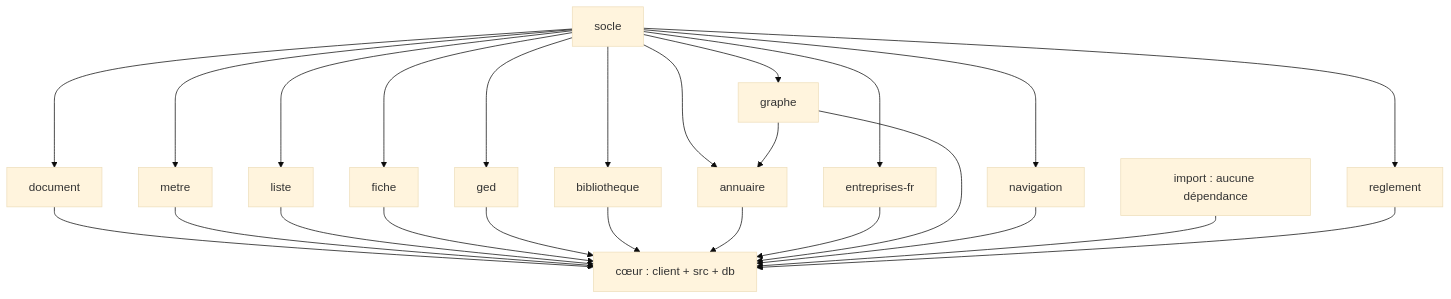
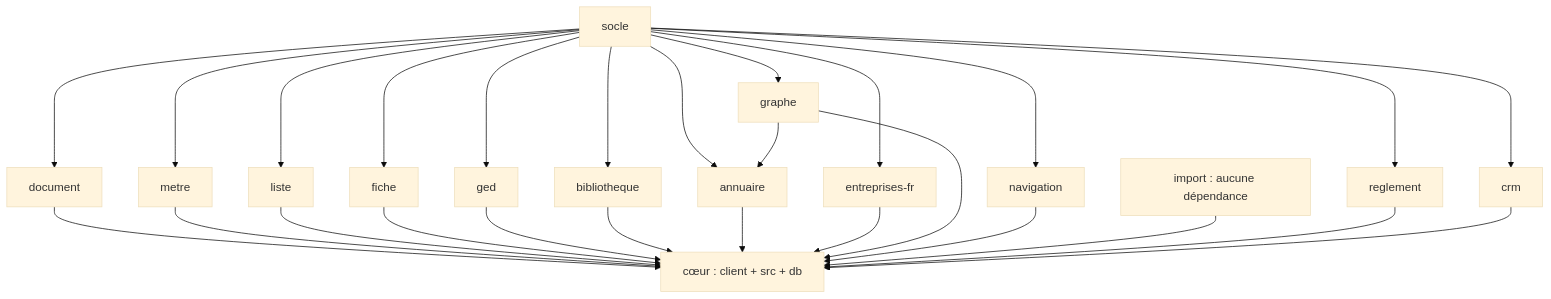
One commit to nerenos/LogiBTP changed the diagram in MODULES.md. Above: the diagram before and after it, drawn with Mermaid (base theme). The commit also changed other lines of this file and 47 other files, not shown here.

````diff
--- a/MODULES.md
+++ b/MODULES.md
@@ -17,7 +17,7 @@
 ```mermaid
 graph TD
-  socle[socle] --> document & metre & liste & fiche & ged & bibliotheque & annuaire & entreprises[entreprises-fr] & graphe & navigation & reglement
+  socle[socle] --> document & metre & liste & fiche & ged & bibliotheque & annuaire & entreprises[entreprises-fr] & graphe & navigation & reglement & crm
   graphe --> annuaire
   import[import : aucune dépendance]
-  document & metre & liste & fiche & ged & bibliotheque & annuaire & entreprises & graphe & navigation & import & reglement --> coeur[cœur : client + src + db]
+  document & metre & liste & fiche & ged & bibliotheque & annuaire & entreprises & graphe & navigation & import & reglement & crm --> coeur[cœur : client + src + db]
 ```
````
